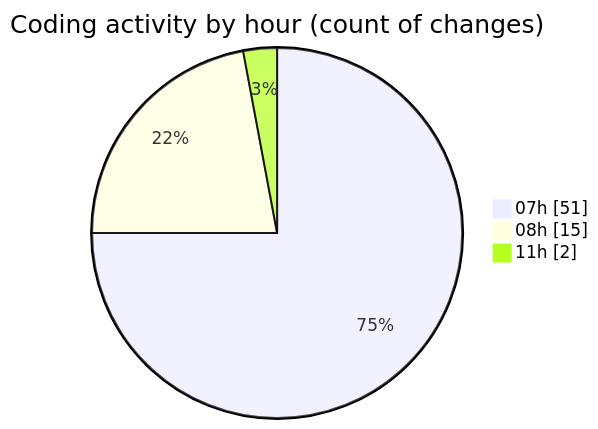
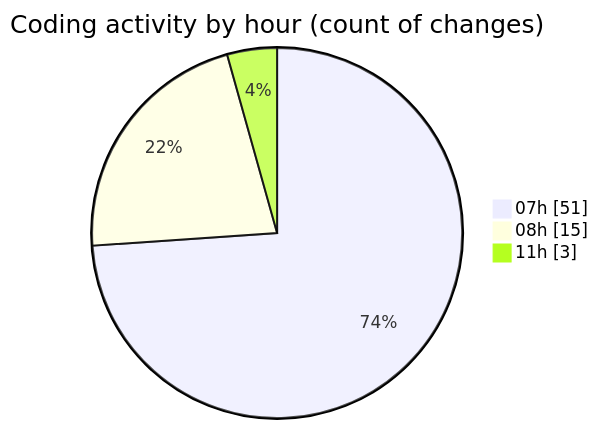
Before and after one commit to robertbonfada/code-tracking: the second of 2 diagrams in 2025-01-17/mbc-web/README.md, drawn with Mermaid. The commit also changed other lines of this file and 1 other file, not shown here.

````diff
--- a/2025-01-17/mbc-web/README.md
+++ b/2025-01-17/mbc-web/README.md
@@ -43,7 +43,7 @@
 ```mermaid
 pie showData
 title Coding activity by hour (count of changes)
 "07h" : 51
 "08h" : 15
-"11h" : 2
+"11h" : 3
 ```
````
